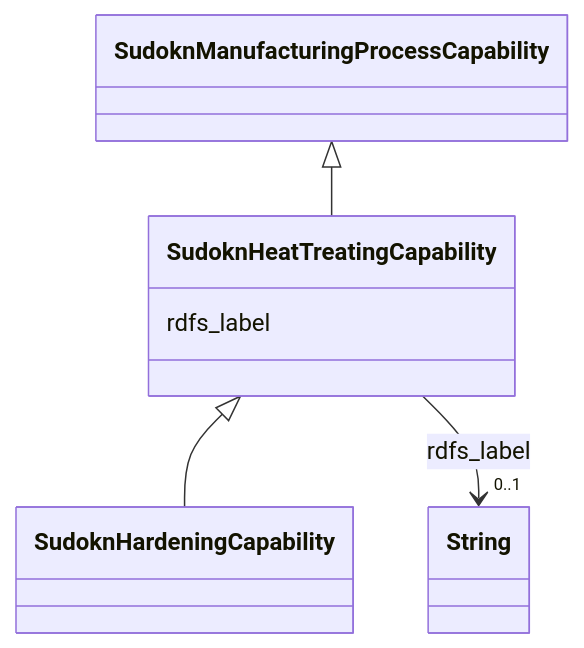
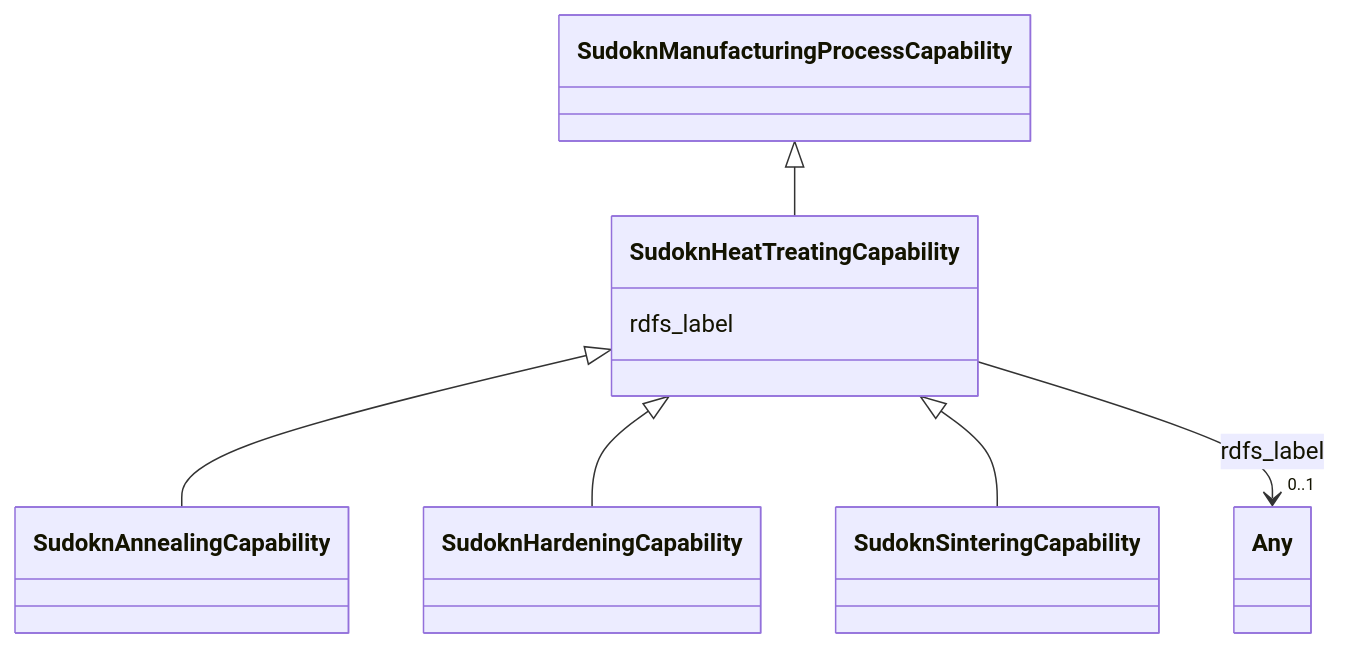
Before and after one commit to frink-okn/graph-descriptions: the diagram in sudokn-kg/classes/SudoknHeatTreatingCapability.md, drawn with Mermaid. The commit also changed other lines of this file and 903 other files, not shown here.

````diff
--- a/sudokn-kg/classes/SudoknHeatTreatingCapability.md
+++ b/sudokn-kg/classes/SudoknHeatTreatingCapability.md
@@ -23,23 +18,27 @@
 ```mermaid
  classDiagram
     class SudoknHeatTreatingCapability
     click SudoknHeatTreatingCapability href "../SudoknHeatTreatingCapability"
       SudoknManufacturingProcessCapability <|-- SudoknHeatTreatingCapability
         click SudoknManufacturingProcessCapability href "../SudoknManufacturingProcessCapability"
       
 
+      SudoknHeatTreatingCapability <|-- SudoknAnnealingCapability
+        click SudoknAnnealingCapability href "../SudoknAnnealingCapability"
       SudoknHeatTreatingCapability <|-- SudoknHardeningCapability
         click SudoknHardeningCapability href "../SudoknHardeningCapability"
+      SudoknHeatTreatingCapability <|-- SudoknSinteringCapability
+        click SudoknSinteringCapability href "../SudoknSinteringCapability"
       
       
       SudoknHeatTreatingCapability : rdfs_label
         
           
     
     
-    SudoknHeatTreatingCapability --> "0..1" String : rdfs_label
-    click String href "../String"
+    SudoknHeatTreatingCapability --> "0..1" Any : rdfs_label
+    click Any href "../Any"
 
         
       
 ```
````
